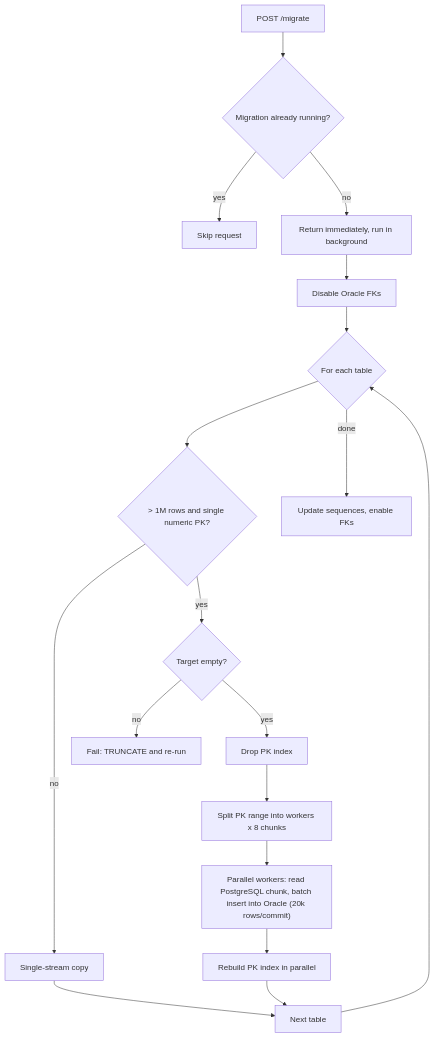
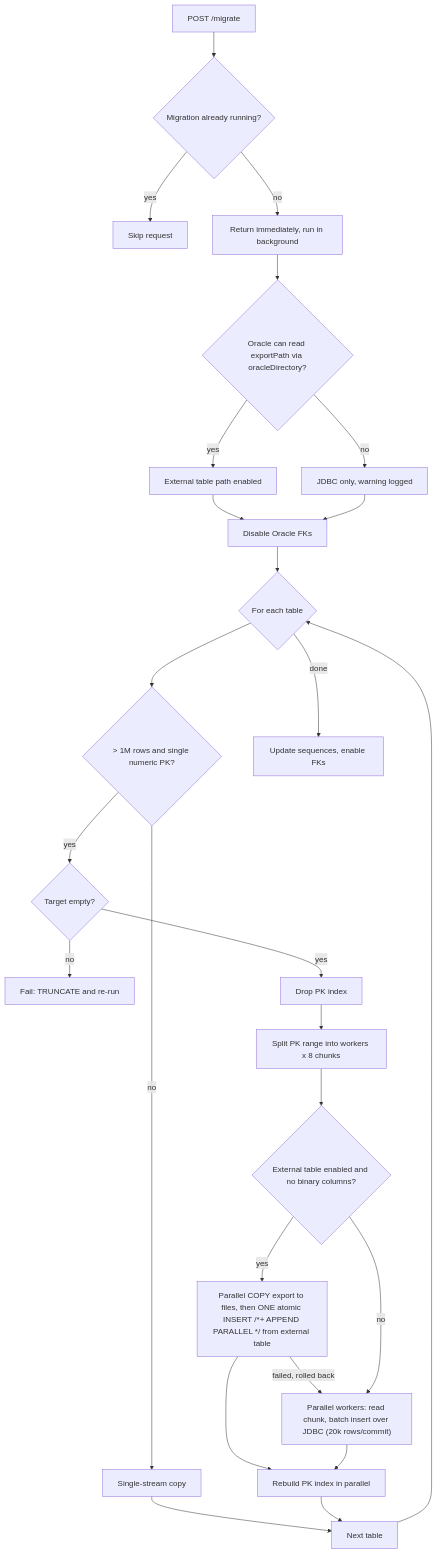
The diagram in docs/oracle/MIGRATION.md (musabbozkurt/oauth2-authorization-server), drawn with Mermaid before and after one commit. The commit also changed other lines of this file and 4 other files, not shown here.

Commit message:
feat: implement external table loading for PostgreSQL to Oracle migration

````diff
--- a/docs/oracle/MIGRATION.md
+++ b/docs/oracle/MIGRATION.md
@@ -9,20 +17,28 @@
 ```mermaid
 flowchart TD
     A[POST /migrate] --> B{Migration already running?}
     B -- yes --> Z[Skip request]
     B -- no --> C[Return immediately, run in background]
-    C --> D[Disable Oracle FKs]
+  C --> V{"Oracle can read exportPath via oracleDirectory?"}
+  V -- yes --> V1[External table path enabled]
+  V -- no --> V2[JDBC only, warning logged]
+  V1 --> D
+  V2 --> D[Disable Oracle FKs]
     D --> E{For each table}
     E --> F{"> 1M rows and single numeric PK?"}
     F -- no --> G[Single-stream copy]
     F -- yes --> H{Target empty?}
     H -- no --> X[Fail: TRUNCATE and re-run]
     H -- yes --> I[Drop PK index]
     I --> J["Split PK range into workers x 8 chunks"]
-    J --> K["Parallel workers: read PostgreSQL chunk, batch insert into Oracle (20k rows/commit)"]
-    K --> L[Rebuild PK index in parallel]
+  J --> P{External table enabled and no binary columns?}
+  P -- yes --> Q["Parallel COPY export to files, then ONE atomic INSERT /*+ APPEND PARALLEL */ from external table"]
+  Q -- failed, rolled back --> R
+  P -- no --> R["Parallel workers: read chunk, batch insert over JDBC (20k rows/commit)"]
+  Q --> L
+  R --> L[Rebuild PK index in parallel]
     G --> M
     L --> M[Next table]
     M --> E
     E -- done --> N[Update sequences, enable FKs]
 ```
````
